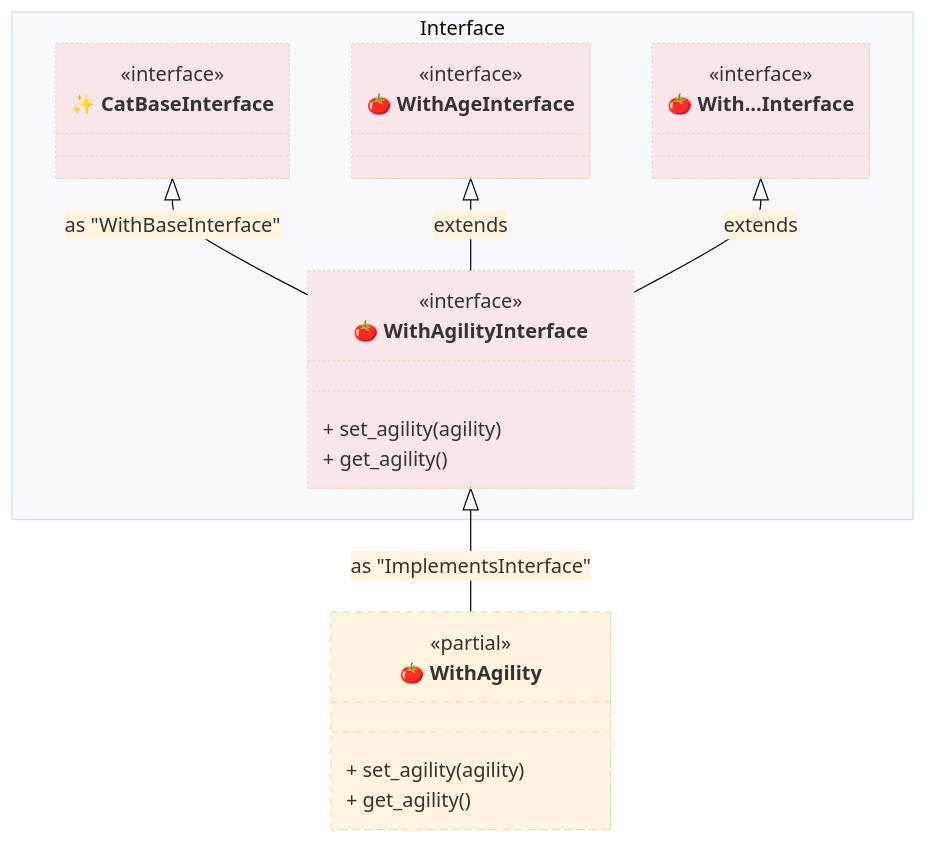
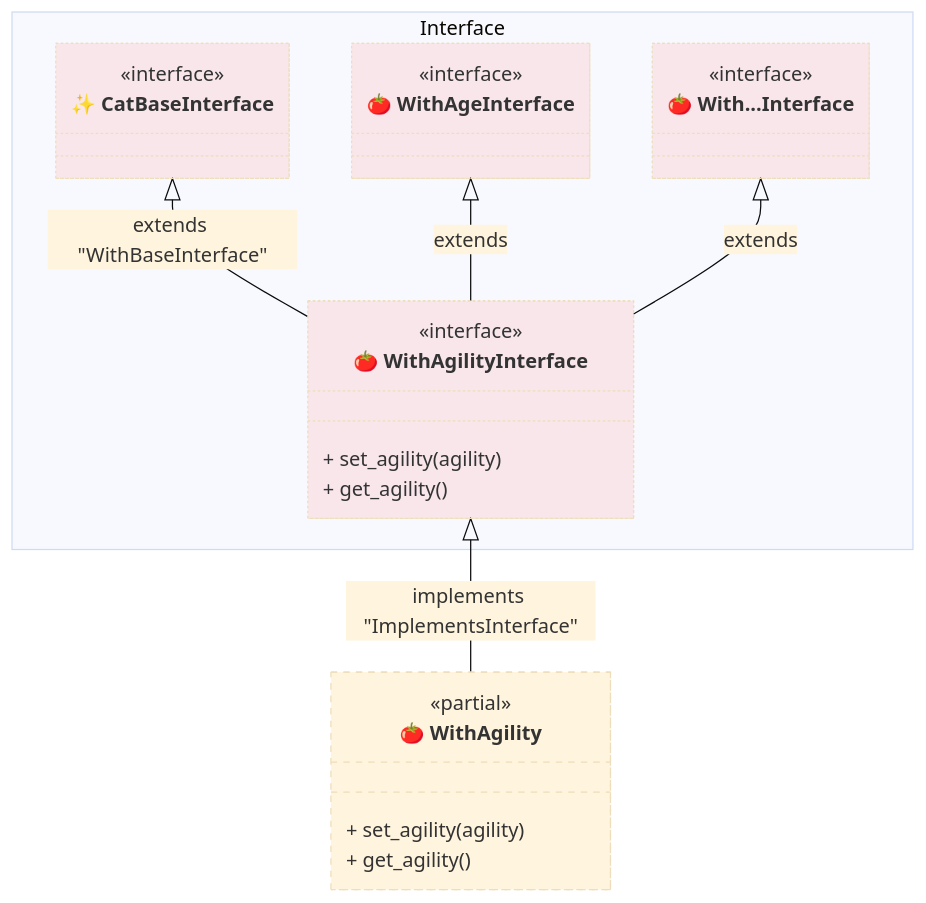
One commit to thecodecrate/python-pipeline changed the ninth of 12 diagrams in tests/spec-001--class-composition-with-partial-classes.md. Above: the diagram before and after it, drawn with Mermaid (base theme). The commit also changed other lines of this file, not shown here.

````diff
--- a/tests/spec-001--class-composition-with-partial-classes.md
+++ b/tests/spec-001--class-composition-with-partial-classes.md
@@ -401,46 +401,46 @@
 ```mermaid
 classDiagram
     namespace Interface {
         class Interface1["✨ CatBaseInterface"] {
             <<interface>>
         }
 
         class Interface2["🍅 WithAgeInterface"] {
             <<interface>>
         }
 
         class Interface3["🍅 With...Interface"] {
             <<interface>>
         }
 
         class Interface4["🍅 WithAgilityInterface"] {
             <<interface>>
             + set_agility(agility)
             + get_agility()
         }
     }
 
     class Partial1["🍅 WithAgility"] {
         <<partial>>
         + set_agility(agility)
         + get_agility()
     }
 
     %% Relationships
-    Interface1 <|-- Interface4 : as "WithBaseInterface"
+    Interface1 <|-- Interface4 : extends "WithBaseInterface"
     Interface2 <|-- Interface4 : extends
     Interface3 <|-- Interface4 : extends
-    Interface4 <|-- Partial1 : as "ImplementsInterface"
+    Interface4 <|-- Partial1 : implements "ImplementsInterface"
 
     %% Apply Styles
     style Base fill:#ffff6020, stroke-dasharray: 5 5
     style Composed bugfix:#111, stroke-width:2px, font-weight: bold
     style Partial1 bugfix:#111, stroke-dasharray: 5 5
     style Partial2 bugfix:#111, stroke-dasharray: 5 5
     style Partial3 bugfix:#111, stroke-dasharray: 5 5
     style Partial4 bugfix:#111, stroke-dasharray: 5 5
     style Interface1 fill:#ff606020, stroke-dasharray: 2 2
     style Interface2 fill:#ff606020, stroke-dasharray: 2 2
     style Interface3 fill:#ff606020, stroke-dasharray: 2 2
     style Interface4 fill:#ff606020, stroke-dasharray: 2 2
 ```
````
